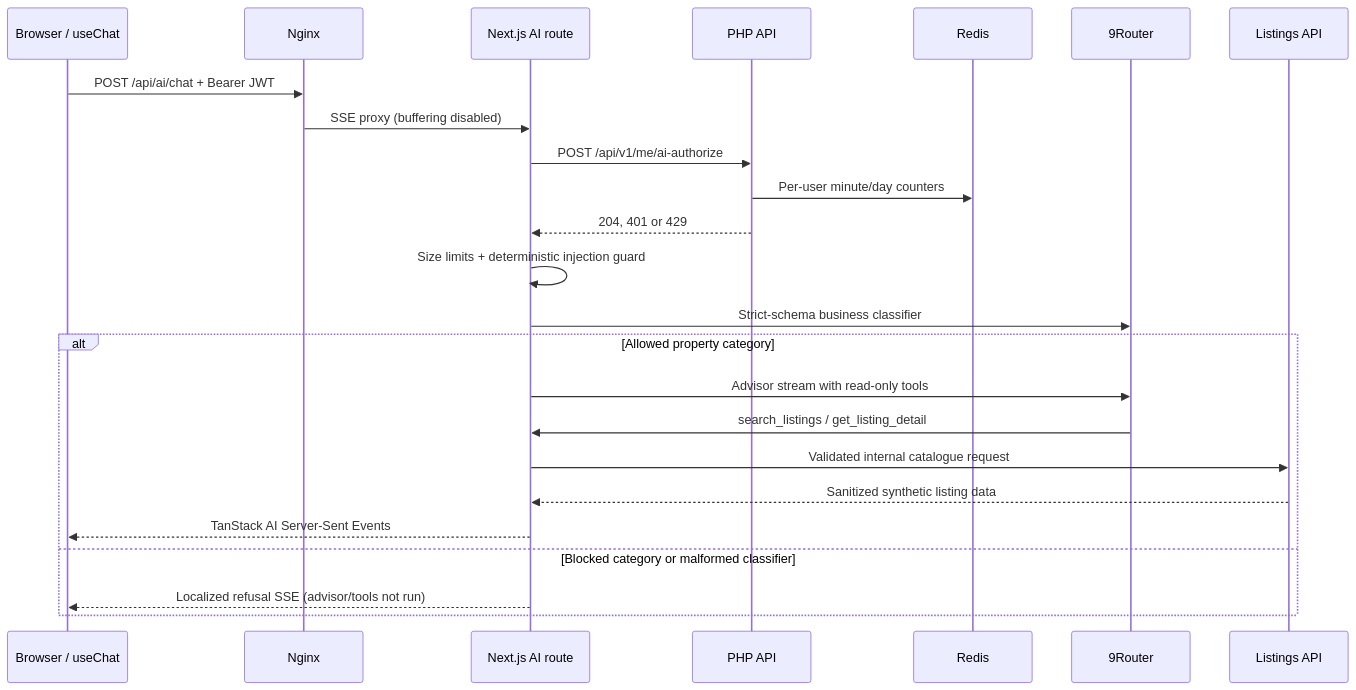
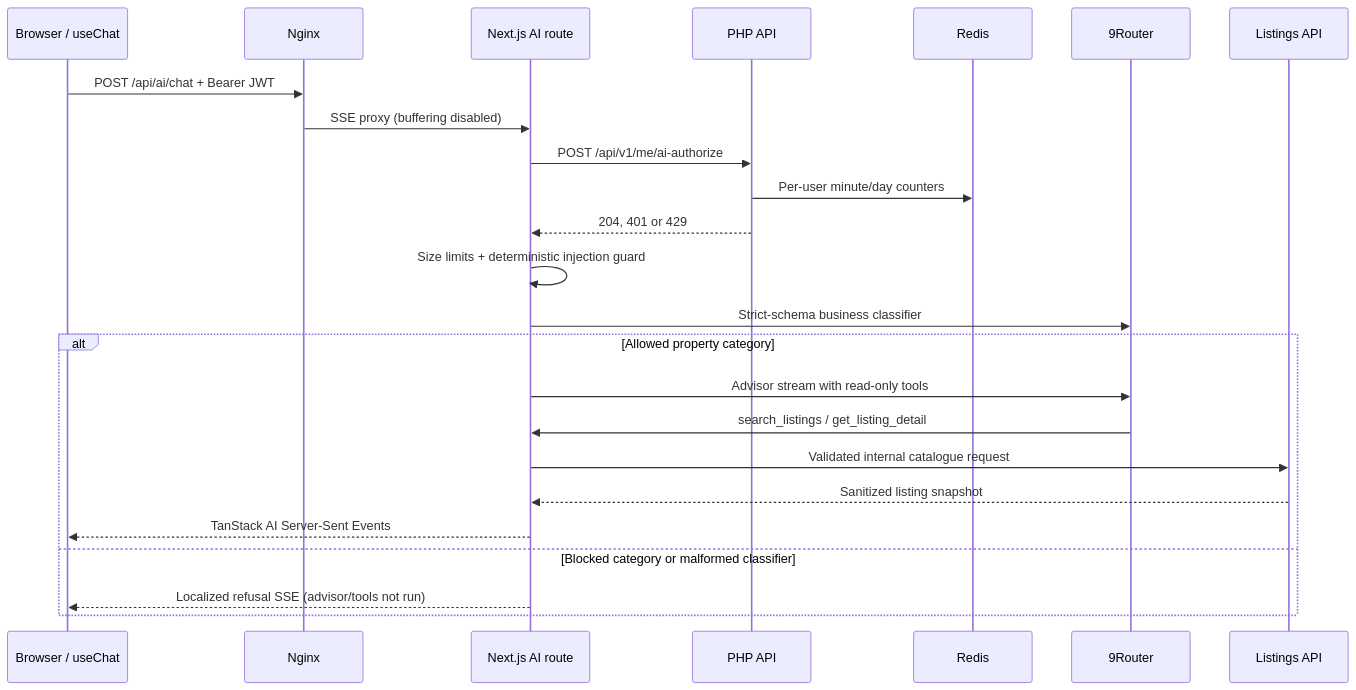
The diagram in docs/ai-advisor.md (LangPhan/homescope-sg), drawn with Mermaid before and after one commit. The commit also changed other lines of this file and 5 other files, not shown here.

````diff
--- a/docs/ai-advisor.md
+++ b/docs/ai-advisor.md
@@ -5,27 +5,27 @@
 ```mermaid
 sequenceDiagram
   participant B as Browser / useChat
   participant N as Nginx
   participant W as Next.js AI route
   participant P as PHP API
   participant R as Redis
   participant A as 9Router
   participant L as Listings API
 
   B->>N: POST /api/ai/chat + Bearer JWT
   N->>W: SSE proxy (buffering disabled)
   W->>P: POST /api/v1/me/ai-authorize
   P->>R: Per-user minute/day counters
   P-->>W: 204, 401 or 429
   W->>W: Size limits + deterministic injection guard
   W->>A: Strict-schema business classifier
   alt Allowed property category
     W->>A: Advisor stream with read-only tools
     A->>W: search_listings / get_listing_detail
     W->>L: Validated internal catalogue request
-    L-->>W: Sanitized synthetic listing data
+    L-->>W: Sanitized listing snapshot
     W-->>B: TanStack AI Server-Sent Events
   else Blocked category or malformed classifier
     W-->>B: Localized refusal SSE (advisor/tools not run)
   end
 ```
````
